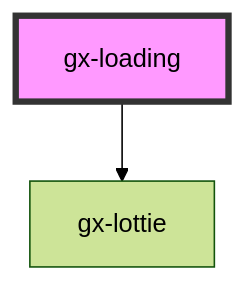
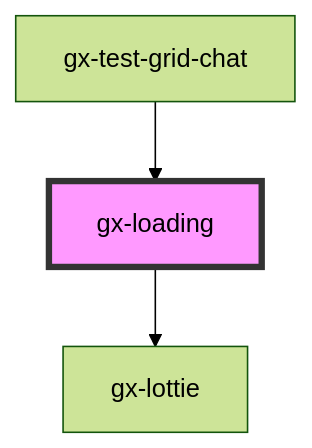
The diagram in src/components/loading/readme.md (genexuslabs/web-controls-library), drawn with Mermaid (forest theme) before and after one commit. The commit also changed other lines of this file and 9 other files, not shown here.

````diff
--- a/src/components/loading/readme.md
+++ b/src/components/loading/readme.md
@@ -75,5 +79,6 @@
 ```mermaid
 graph TD;
   gx-loading --> gx-lottie
+  gx-test-grid-chat --> gx-loading
   style gx-loading fill:#f9f,stroke:#333,stroke-width:4px
 ```
````
